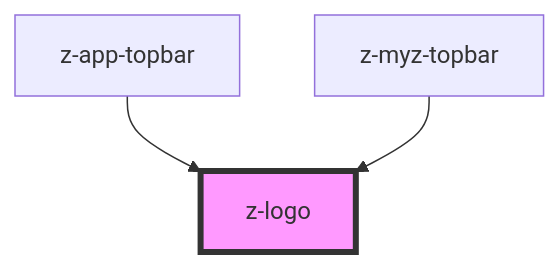
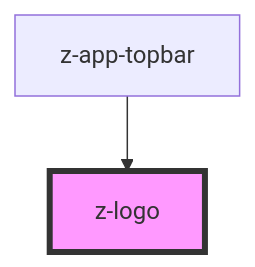
Before and after one commit to ZanichelliEditore/design-system: the diagram in src/components/logo/z-logo/readme.md, drawn with Mermaid. The commit also changed other lines of this file and 11 other files, not shown here.

Commit message:
MYZ-8665: delete ZMyzTopbar

````diff
--- a/src/components/logo/z-logo/readme.md
+++ b/src/components/logo/z-logo/readme.md
@@ -43,6 +42,5 @@
 ```mermaid
 graph TD;
   z-app-topbar --> z-logo
-  z-myz-topbar --> z-logo
   style z-logo fill:#f9f,stroke:#333,stroke-width:4px
 ```
````
